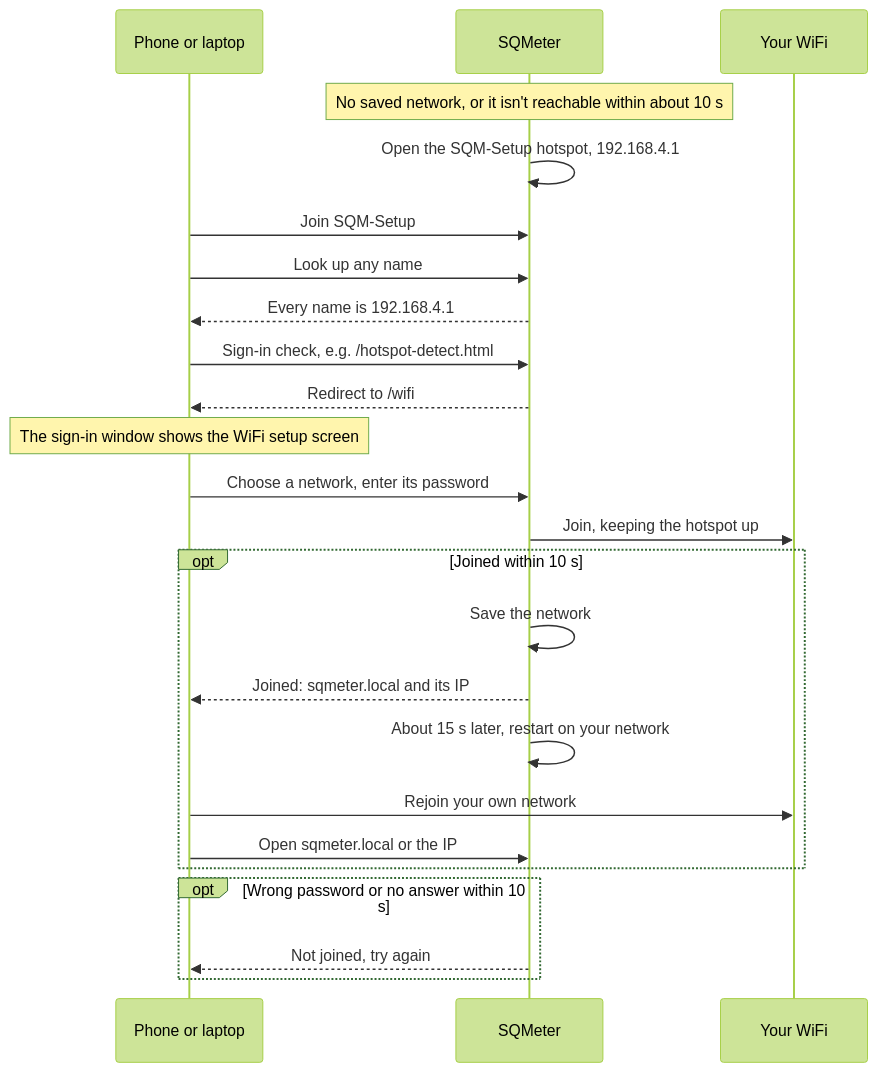
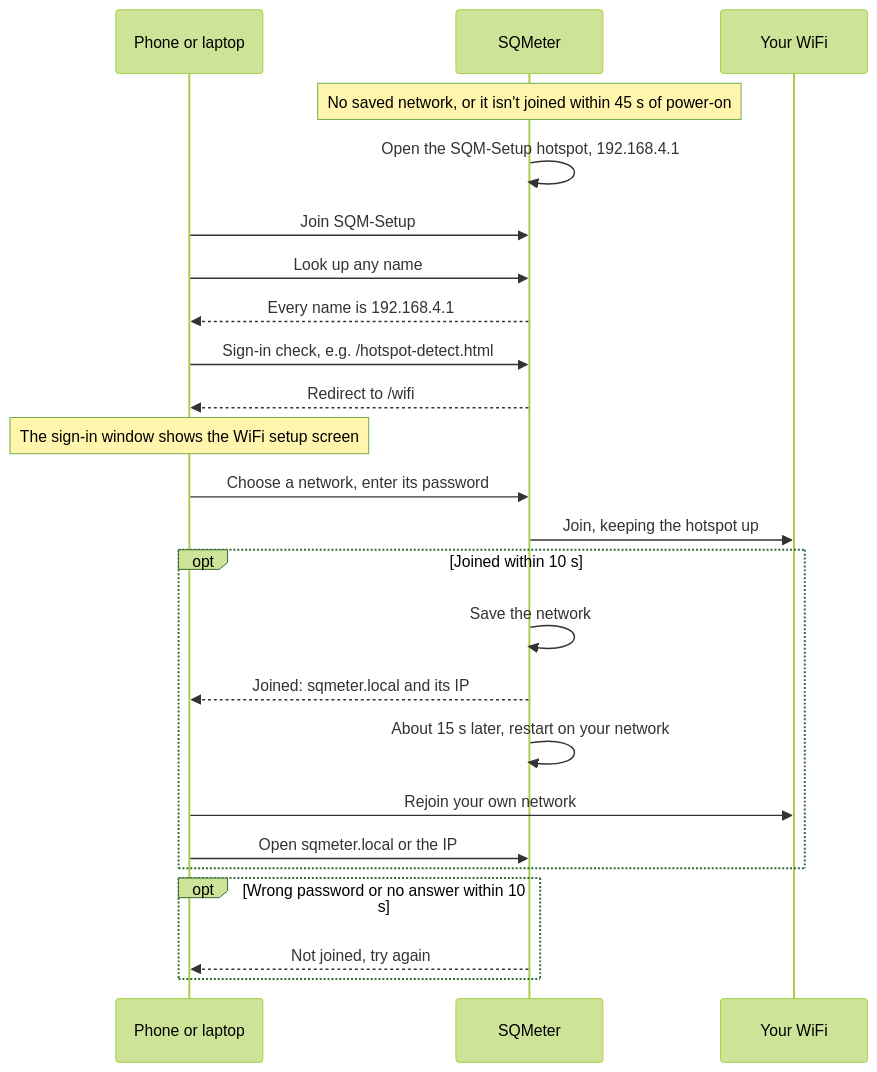
The diagram in docs/getting-started/first-setup.md (DeanJ87/SQMeter), drawn with Mermaid (forest theme) before and after one commit. The commit also changed other lines of this file and 36 other files, not shown here.

````diff
--- a/docs/getting-started/first-setup.md
+++ b/docs/getting-started/first-setup.md
@@ -12,28 +12,28 @@
 ```mermaid
 sequenceDiagram
     accTitle: First setup
     accDescr: The device opens the SQM-Setup hotspot and answers every name lookup with itself, so the phone's sign-in window opens the WiFi setup screen. After you pick a network, the device joins it while keeping the hotspot, saves it once joined, shows its new address and restarts on your network about 15 seconds later.
     participant P as Phone or laptop
     participant D as SQMeter
     participant R as Your WiFi
-    Note over D: No saved network, or it isn't reachable within about 10 s
+    Note over D: No saved network, or it isn't joined within 45 s of power-on
     D->>D: Open the SQM-Setup hotspot, 192.168.4.1
     P->>D: Join SQM-Setup
     P->>D: Look up any name
     D-->>P: Every name is 192.168.4.1
     P->>D: Sign-in check, e.g. /hotspot-detect.html
     D-->>P: Redirect to /wifi
     Note over P: The sign-in window shows the WiFi setup screen
     P->>D: Choose a network, enter its password
     D->>R: Join, keeping the hotspot up
     opt Joined within 10 s
         D->>D: Save the network
         D-->>P: Joined: sqmeter.local and its IP
         D->>D: About 15 s later, restart on your network
         P->>R: Rejoin your own network
         P->>D: Open sqmeter.local or the IP
     end
     opt Wrong password or no answer within 10 s
         D-->>P: Not joined, try again
     end
 ```
````
